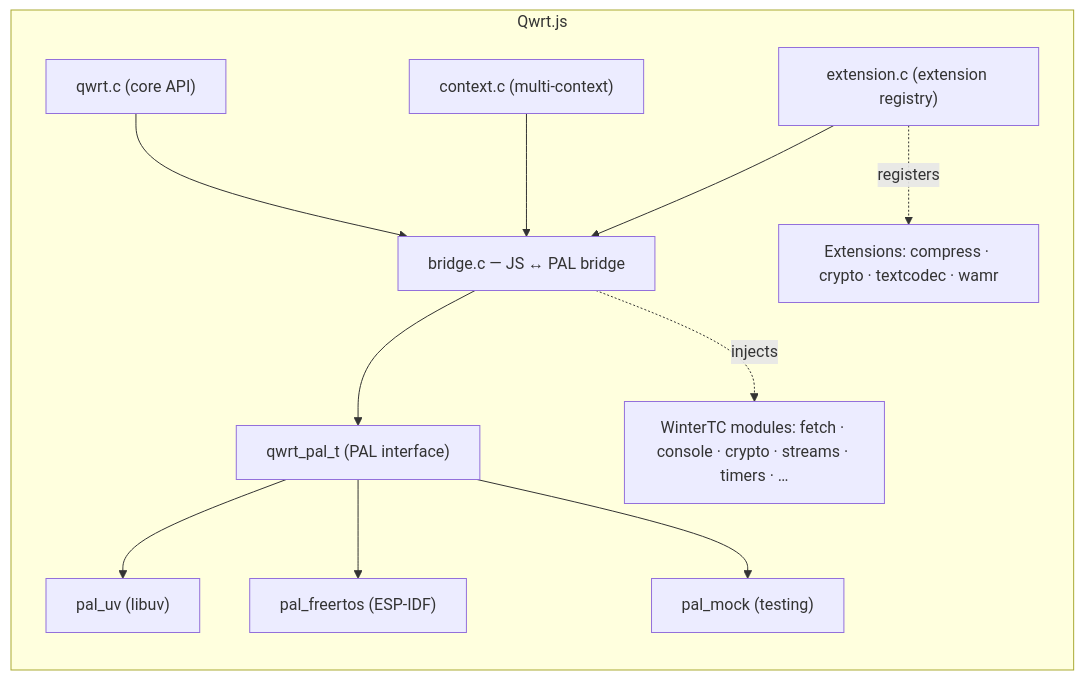
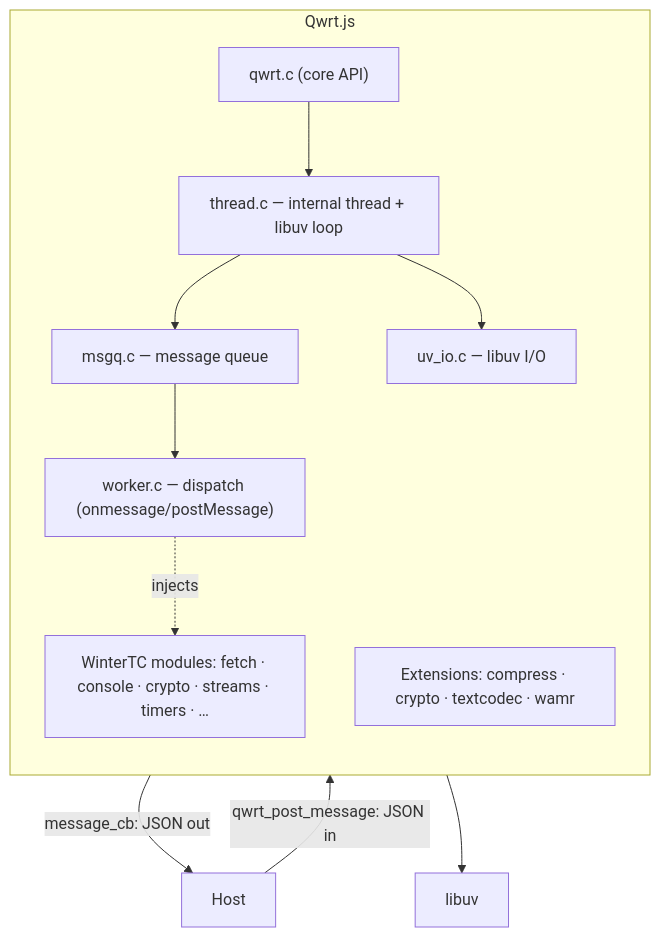
Before and after one commit to adam-ikari/qwrt: the diagram in docs/index.md, drawn with Mermaid. The commit also changed other lines of this file and 163 other files, not shown here.

First line of the commit message:
refactor(qwrt): libuv-native execution model — drop PAL, own thread + loop

````diff
--- a/docs/index.md
+++ b/docs/index.md
@@ -73,21 +72,21 @@
 ```mermaid
 flowchart TB
     subgraph QWRT["Qwrt.js"]
         direction TB
         Core["qwrt.c (core API)"]
-        Ctx["context.c (multi-context)"]
-        Ext["extension.c (extension registry)"]
-        Bridge["bridge.c — JS ↔ PAL bridge"]
-        Core --> Bridge
-        Ctx --> Bridge
-        Ext --> Bridge
-        Bridge --> PAL["qwrt_pal_t (PAL interface)"]
-        PAL --> PalUV["pal_uv (libuv)"]
-        PAL --> PalFR["pal_freertos (ESP-IDF)"]
-        PAL --> PalMock["pal_mock (testing)"]
+        Thread["thread.c — internal thread + libuv loop"]
+        Msgq["msgq.c — message queue"]
+        Worker["worker.c — dispatch (onmessage/postMessage)"]
+        UvIO["uv_io.c — libuv I/O"]
+        Core --> Thread
+        Thread --> Msgq
+        Msgq --> Worker
+        Thread --> UvIO
         JS["WinterTC modules: fetch · console · crypto · streams · timers · …"]
         ExtList["Extensions: compress · crypto · textcodec · wamr"]
-        Bridge -.injects.-> JS
-        Ext -.registers.-> ExtList
+        Worker -.injects.-> JS
     end
+    HOST["Host"] -->|"qwrt_post_message: JSON in"| Msgq
+    Worker -->|"message_cb: JSON out"| HOST
+    UvIO --> LIBUV["libuv"]
 ```
````
